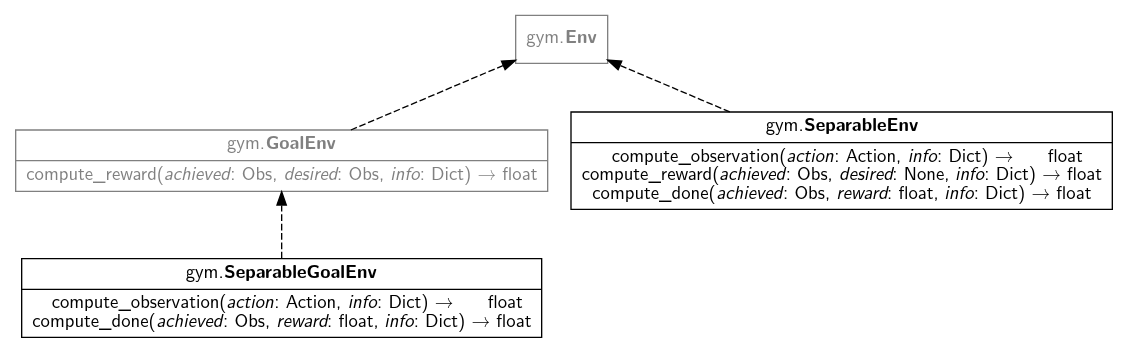
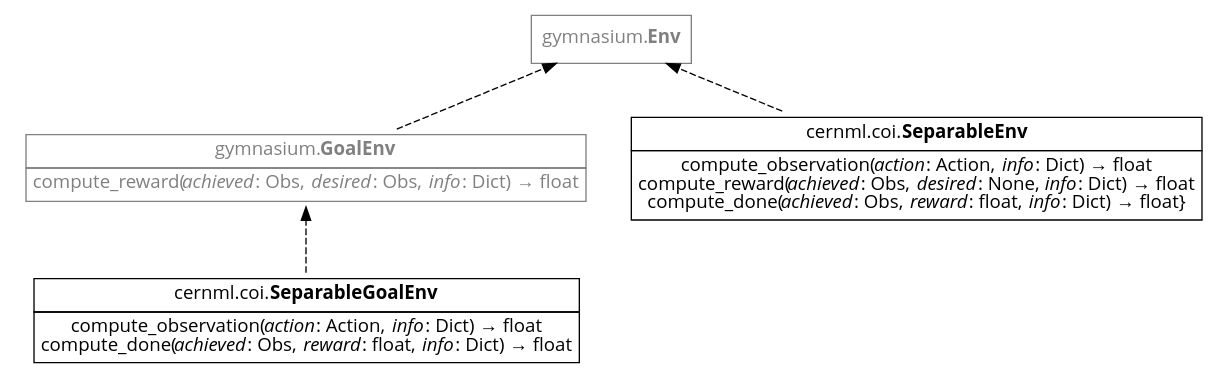
The third of 3 diagrams in docs/guide/otherenvs.rst (geoff-project/coi), drawn with Graphviz before and after one commit. The commit also changed other lines of this file and 42 other files, not shown here.

```diff
--- a/docs/guide/otherenvs.rst
+++ b/docs/guide/otherenvs.rst
@@ -416,29 +425,48 @@
 .. digraph:: inheritance_diagram
     :caption: Fig. 3: Inheritance diagram of the separable-environment interfaces
 
     rankdir = "BT";
     bgcolor = "#00000000";
-    node [shape=record, fontname="Latin Modern Sans", style=filled, fillcolor="white"];
+    node [shape=plaintext, fontname="Open Sans", style=filled, fillcolor="white"];
     edge [style=dashed];
 
     node[color=gray, fontcolor=gray];
-    env[shape=rectangle, label=<gym.<b>Env</b>>];
-    goalenv[label=<{
-        gym.<b>GoalEnv</b>|
-        compute_reward(<i>achieved</i>: Obs, <i>desired</i>: Obs, <i>info</i>: Dict) → float}>,
-    ];
+    env[shape=rectangle, label=<gymnasium.<b>Env</b>>];
+    goalenv[label=<
+        <table border="0" cellborder="1" cellspacing="0" cellpadding="4">
+            <tr><td>gymnasium.<b>GoalEnv</b></td></tr>
+            <tr>
+                <td>compute_reward(<i>achieved</i>: Obs, <i>desired</i
+                >: Obs, <i>info</i>: Dict) → float</td>
+            </tr>
+        </table>
+    >];
 
     node[color=black, fontcolor=black];
-    sepenv[label=<{
-        gym.<b>SeparableEnv</b>|
-        compute_observation(<i>action</i>: Action, <i>info</i>: Dict) →
-        float<br/>compute_reward(<i>achieved</i>: Obs, <i>desired</i>: None, <i>info</i>: Dict) → float<br/>compute_done(<i>achieved</i>: Obs, <i>reward</i>: float, <i>info</i>: Dict) → float}>,
-    ];
-    sepgoalenv[label=<{
-        gym.<b>SeparableGoalEnv</b>|
-        compute_observation(<i>action</i>: Action, <i>info</i>: Dict) →
-        float<br/>compute_done(<i>achieved</i>: Obs, <i>reward</i>: float, <i>info</i>: Dict) → float}>,
-    ];
+    sepenv[label=<
+        <table border="0" cellborder="1" cellspacing="0" cellpadding="4">
+            <tr><td>cernml.coi.<b>SeparableEnv</b></td></tr>
+            <tr>
+                <td>compute_observation(<i>action</i>: Action, <i>info</i
+                >: Dict) → float<br
+                />compute_reward(<i>achieved</i>: Obs, <i>desired</i
+                >: None, <i>info</i>: Dict) → float<br
+                />compute_done(<i>achieved</i>: Obs, <i>reward</i
+                >: float, <i>info</i>: Dict) → float}</td>
+            </tr>
+        </table>
+    >];
+    sepgoalenv[label=<
+        <table border="0" cellborder="1" cellspacing="0" cellpadding="4">
+            <tr><td>cernml.coi.<b>SeparableGoalEnv</b></td></tr>
+            <tr>
+                <td>compute_observation(<i>action</i>: Action, <i>info</i
+                >: Dict) → float<br
+                />compute_done(<i>achieved</i>: Obs, <i>reward</i
+                >: float, <i>info</i>: Dict) → float</td>
+            </tr>
+        </table>
+    >];
 
     sepenv -> env;
     sepgoalenv -> goalenv -> env;
```
